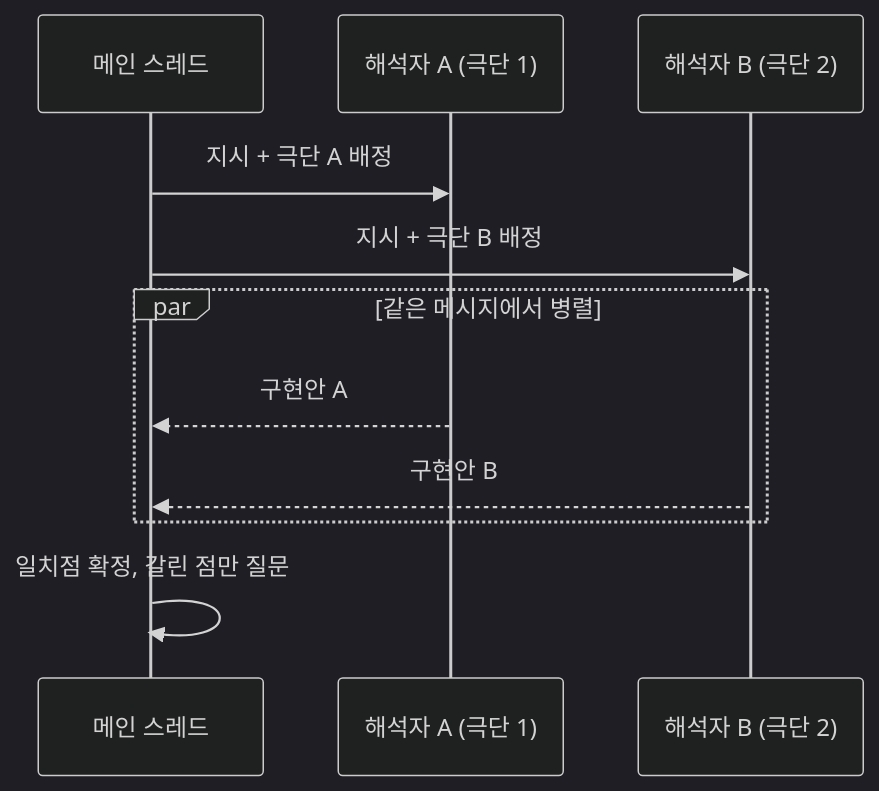
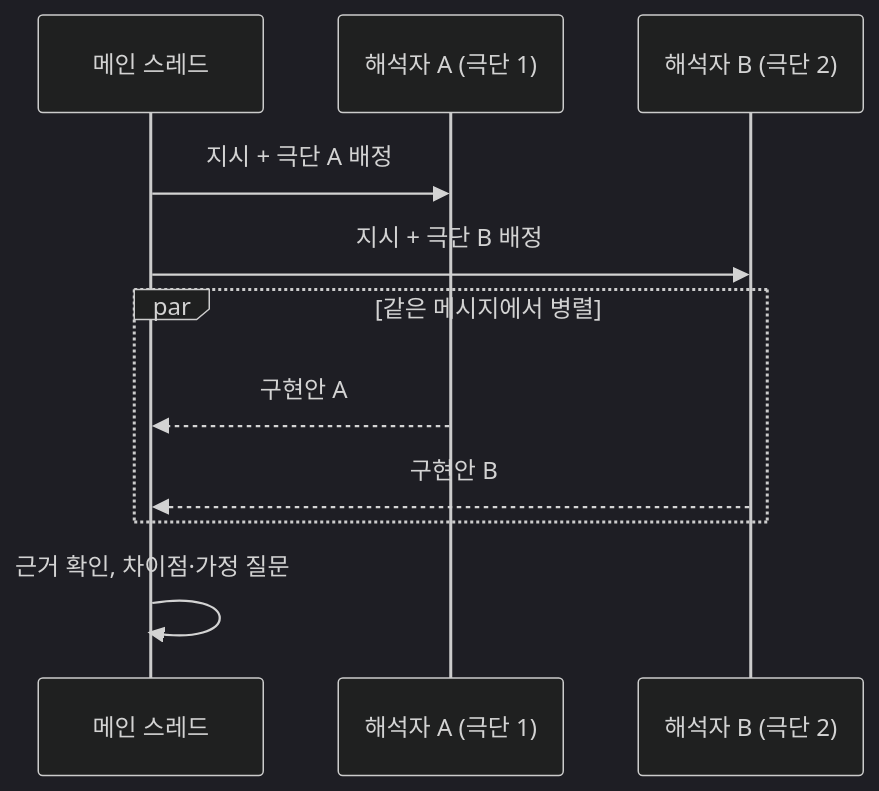
The second of 2 diagrams in readme.ko.md (Ethualo/fight-skill), drawn with Mermaid (dark theme) before and after one commit. The commit also changed other lines of this file and 14 other files, not shown here.

````diff
--- a/readme.ko.md
+++ b/readme.ko.md
@@ -91,13 +91,13 @@
 ```mermaid
 sequenceDiagram
     participant M as 메인 스레드
     participant X as 해석자 A (극단 1)
     participant Y as 해석자 B (극단 2)
     M->>X: 지시 + 극단 A 배정
     M->>Y: 지시 + 극단 B 배정
     par 같은 메시지에서 병렬
         X-->>M: 구현안 A
         Y-->>M: 구현안 B
     end
-    M->>M: 일치점 확정, 갈린 점만 질문
+    M->>M: 근거 확인, 차이점·가정 질문
 ```
````
